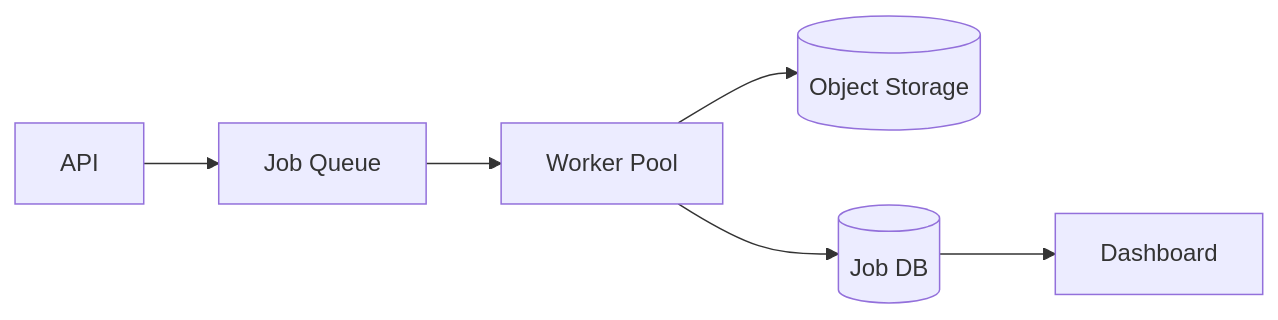
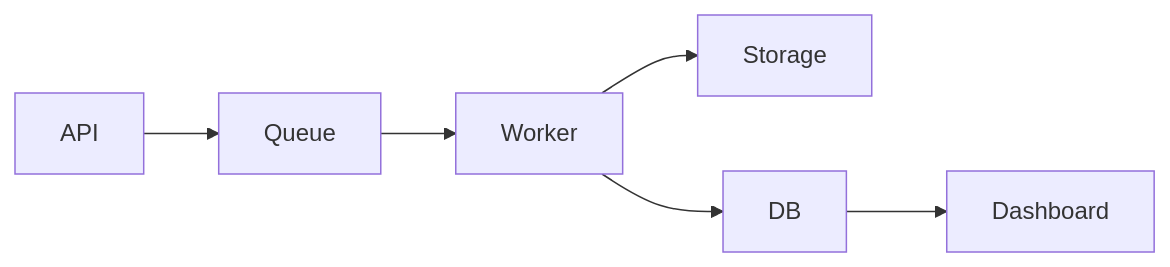
Before and after one commit to huangsam/systology: the diagram in site/content/designs/background-job-queue.md, drawn with Mermaid. The commit also changed 8 other files, not shown here.

Commit message:
Shorten names of mermaid items

```diff
--- a/site/content/designs/background-job-queue.md
+++ b/site/content/designs/background-job-queue.md
@@ -22,8 +22,8 @@
 {{< mermaid >}}
 graph LR
-  API --> Queue[Job Queue]
-  Queue --> Worker[Worker Pool]
-  Worker --> Storage[(Object Storage)]
-  Worker --> DB[(Job DB)]
+  API --> Queue
+  Queue --> Worker
+  Worker --> Storage
+  Worker --> DB
   DB --> Dashboard
 {{< /mermaid >}}
```
